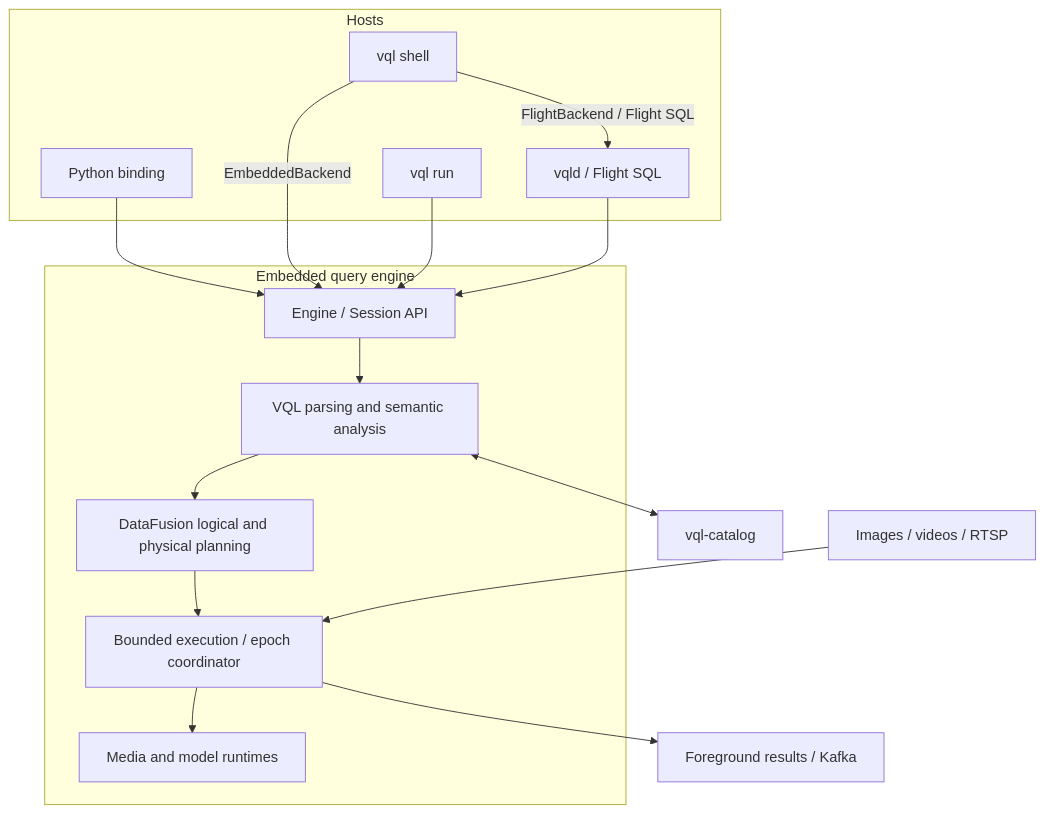
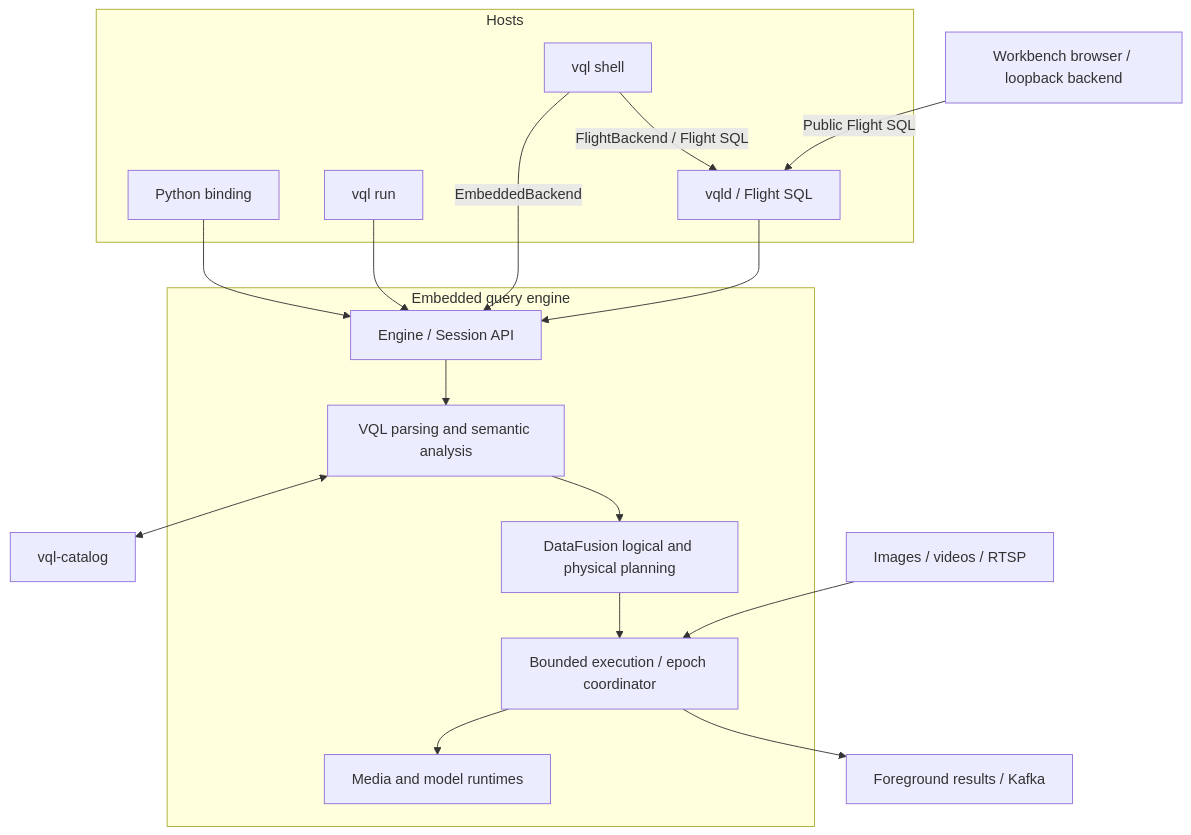
The diagram in docs/high_level_design.md (zhenlohuang/visionql), drawn with Mermaid before and after one commit. The commit also changed other lines of this file and 116 other files, not shown here.

````diff
--- a/docs/high_level_design.md
+++ b/docs/high_level_design.md
@@ -40,32 +40,34 @@
 ```mermaid
 flowchart TB
+    WORKBENCH["Workbench browser / loopback backend"]
     subgraph HOSTS["Hosts"]
         PY["Python binding"]
         SHELL["vql shell"]
         RUN["vql run"]
         DAEMON["vqld / Flight SQL"]
     end
 
     subgraph CORE["Embedded query engine"]
         ENTRY["Engine / Session API"]
         SQL["VQL parsing and semantic analysis"]
         PLAN["DataFusion logical and physical planning"]
         EXEC["Bounded execution / epoch coordinator"]
         RUNTIME["Media and model runtimes"]
     end
 
     CAT["vql-catalog"]
     SOURCES["Images / videos / RTSP"]
     SINKS["Foreground results / Kafka"]
 
     PY --> ENTRY
+    WORKBENCH -->|Public Flight SQL| DAEMON
     SHELL -->|EmbeddedBackend| ENTRY
     SHELL -->|FlightBackend / Flight SQL| DAEMON
     RUN --> ENTRY
     DAEMON --> ENTRY
     ENTRY --> SQL
     SQL <--> CAT
     SQL --> PLAN --> EXEC
     EXEC --> RUNTIME
     SOURCES --> EXEC --> SINKS
 ```
````
